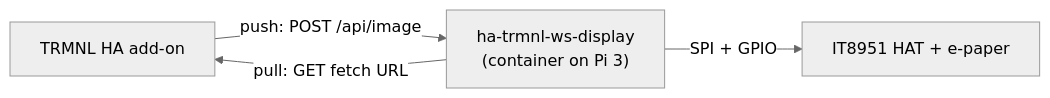
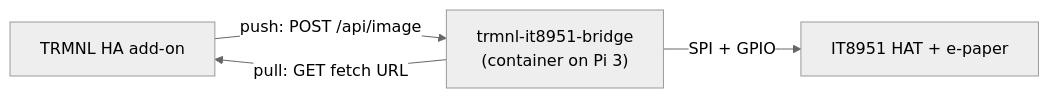
One commit to stefans22/trmnl-it8951-bridge changed the diagram in README.md. Above: the diagram before and after it, drawn with Mermaid (neutral theme). The commit also changed other lines of this file and 39 other files, not shown here.

First line of the commit message:
Rename project to trmnl-it8951-bridge

````diff
--- a/README.md
+++ b/README.md
@@ -16,6 +18,6 @@
 ```mermaid
 flowchart LR
-    ADDON["TRMNL HA add-on"] -- "push: POST /api/image" --> SVC["ha-trmnl-ws-display<br/>(container on Pi 3)"]
+    ADDON["TRMNL HA add-on"] -- "push: POST /api/image" --> SVC["trmnl-it8951-bridge<br/>(container on Pi 3)"]
     SVC -- "pull: GET fetch URL" --> ADDON
     SVC -- "SPI + GPIO" --> PANEL["IT8951 HAT + e-paper"]
 ```
````
